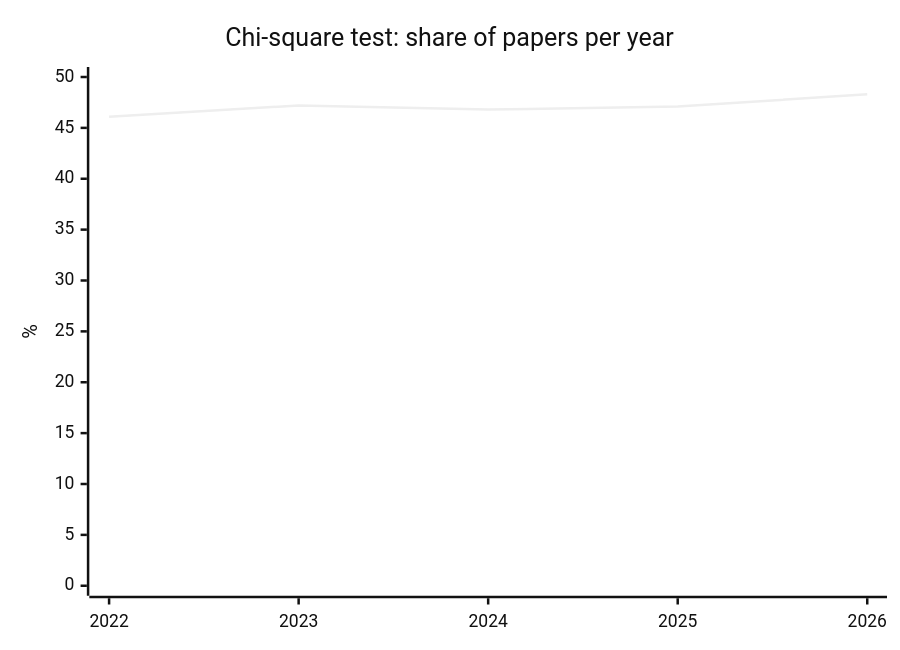
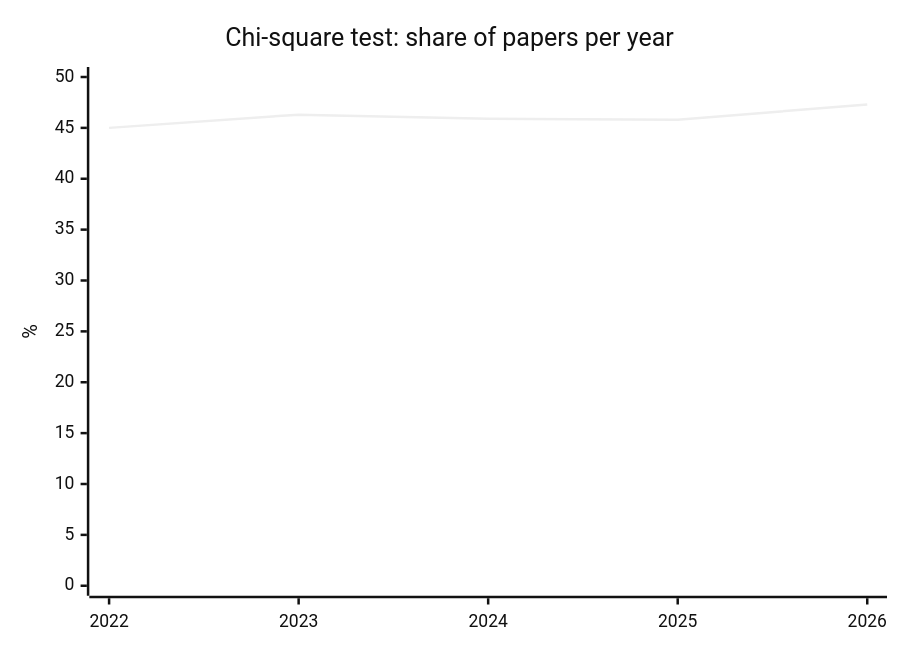
The first of 5 diagrams in literature-watch/reports/overview.md (nfdi4health/datashield-function-ideas), drawn with Mermaid (neutral theme) before and after one commit. The commit also changed other lines of this file and 1 other file, not shown here.

````diff
--- a/literature-watch/reports/overview.md
+++ b/literature-watch/reports/overview.md
@@ -52,7 +52,7 @@
 ```mermaid
 xychart-beta
   title "Chi-square test: share of papers per year"
   x-axis [2022, 2023, 2024, 2025, 2026]
   y-axis "%" 0 --> 50
-  line [46.1, 47.2, 46.8, 47.1, 48.3]
+  line [45.0, 46.3, 45.9, 45.8, 47.3]
 ```
````
